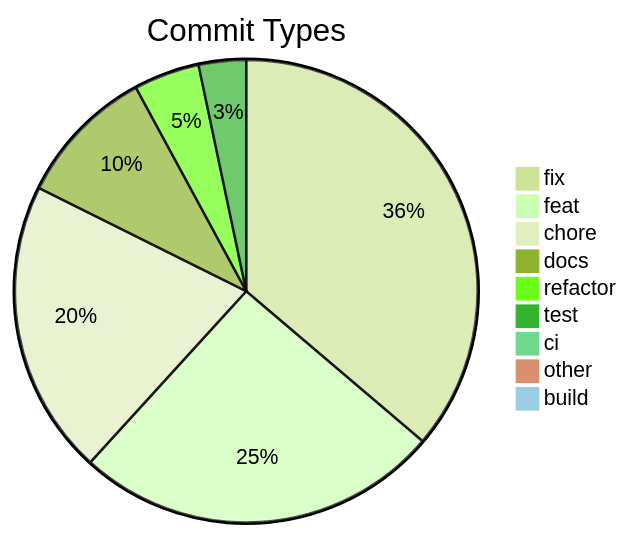
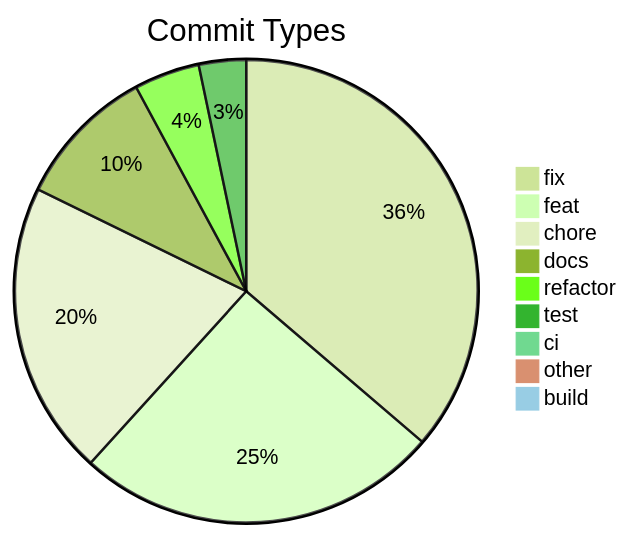
Before and after one commit to svenroth-ai/shipwright-webui: the diagram in .shipwright/compliance/change-history.md, drawn with Mermaid (forest theme). The commit also changed other lines of this file and 15 other files, not shown here.

````diff
--- a/.shipwright/compliance/change-history.md
+++ b/.shipwright/compliance/change-history.md
@@ -8,12 +8,12 @@
 ```mermaid
 pie title Commit Types
-    "fix" : 197
+    "fix" : 198
     "feat" : 139
     "chore" : 112
-    "docs" : 53
+    "docs" : 54
     "refactor" : 25
     "test" : 18
     "ci" : 5
     "other" : 4
     "build" : 1
 ```
````
